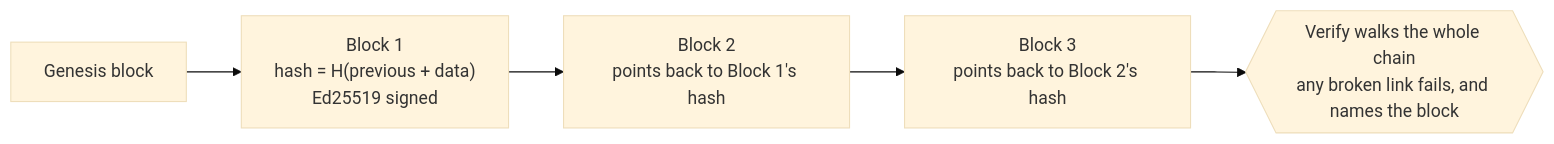
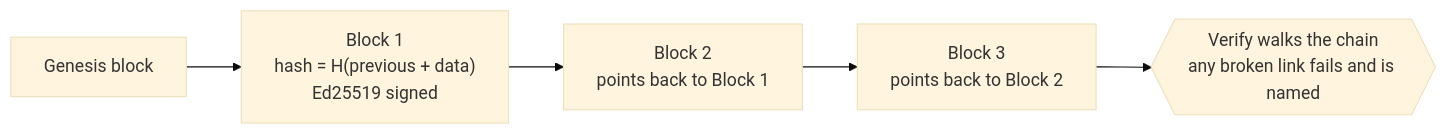
One commit to ekupekuAI/AISecurity26228 changed the fourth of 4 diagrams in README.md. Above: the diagram before and after it, drawn with Mermaid (base theme). The commit also changed other lines of this file and 2 other files, not shown here.

````diff
--- a/README.md
+++ b/README.md
@@ -231,7 +200,7 @@
 ```mermaid
 flowchart LR
     G["Genesis block"] --> B1["Block 1<br/>hash = H(previous + data)<br/>Ed25519 signed"]
-    B1 --> B2["Block 2<br/>points back to Block 1's hash"]
-    B2 --> B3["Block 3<br/>points back to Block 2's hash"]
-    B3 --> V{{"Verify walks the whole chain<br/>any broken link fails, and names the block"}}
+    B1 --> B2["Block 2<br/>points back to Block 1"]
+    B2 --> B3["Block 3<br/>points back to Block 2"]
+    B3 --> V{{"Verify walks the chain<br/>any broken link fails and is named"}}
 ```
````
